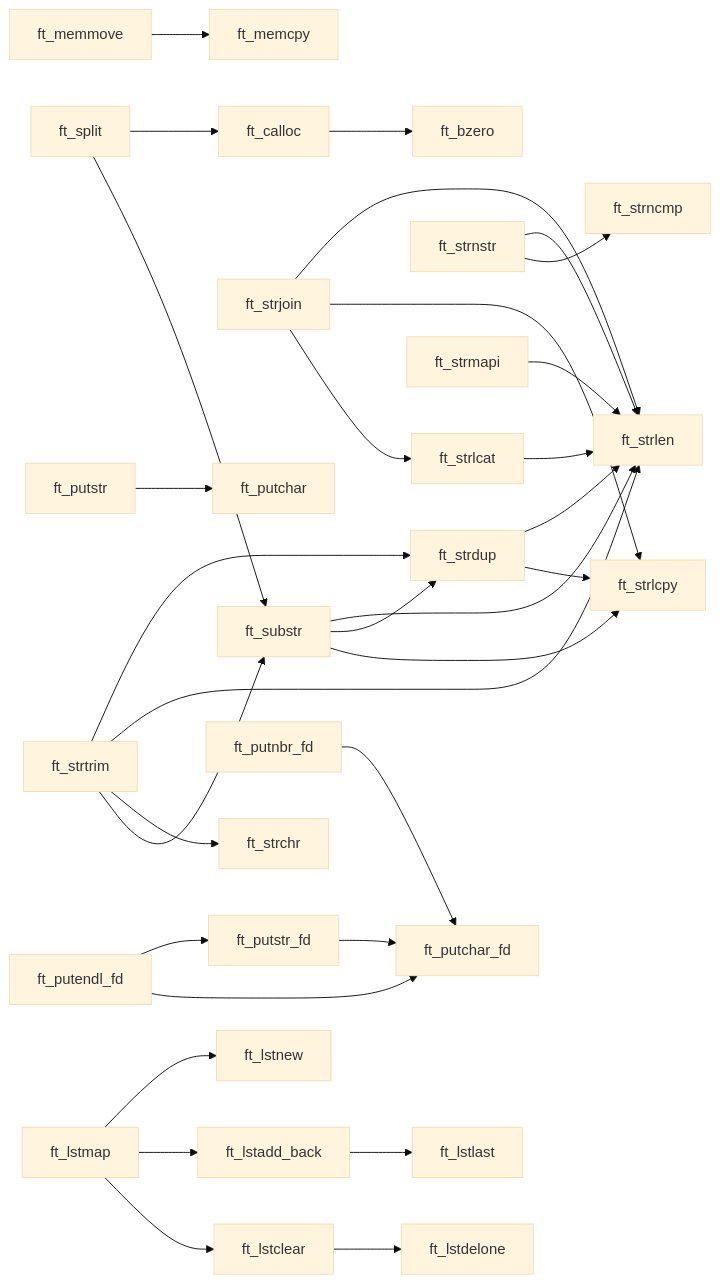
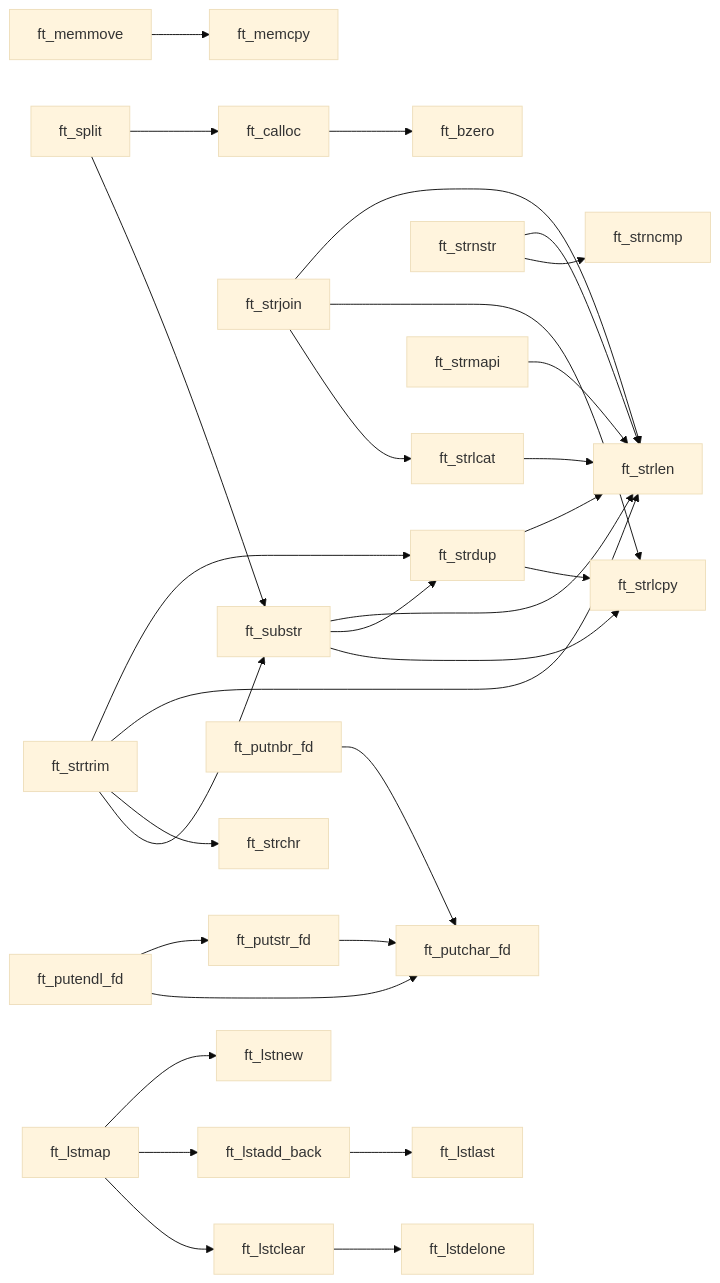
One commit to FernandesCarvalho/libft changed the diagram in README.md. Above: the diagram before and after it, drawn with Mermaid (base theme). The commit also changed other lines of this file and 48 other files, not shown here.

````diff
--- a/README.md
+++ b/README.md
@@ -151,33 +151,32 @@
 ```mermaid
 flowchart LR
     ft_calloc --> ft_bzero
     ft_memmove --> ft_memcpy
     ft_strlcat --> ft_strlen
     ft_strnstr --> ft_strlen
     ft_strnstr --> ft_strncmp
     ft_strdup --> ft_strlen
     ft_strdup --> ft_strlcpy
     ft_strjoin --> ft_strlen
     ft_strjoin --> ft_strlcpy
     ft_strjoin --> ft_strlcat
     ft_substr --> ft_strlen
     ft_substr --> ft_strdup
     ft_substr --> ft_strlcpy
     ft_strtrim --> ft_strdup
     ft_strtrim --> ft_strlen
     ft_strtrim --> ft_strchr
     ft_strtrim --> ft_substr
     ft_split --> ft_calloc
     ft_split --> ft_substr
     ft_strmapi --> ft_strlen
-    ft_putstr --> ft_putchar
     ft_putstr_fd --> ft_putchar_fd
     ft_putendl_fd --> ft_putstr_fd
     ft_putendl_fd --> ft_putchar_fd
     ft_putnbr_fd --> ft_putchar_fd
     ft_lstadd_back --> ft_lstlast
     ft_lstclear --> ft_lstdelone
     ft_lstmap --> ft_lstnew
     ft_lstmap --> ft_lstadd_back
     ft_lstmap --> ft_lstclear
 ```
````
